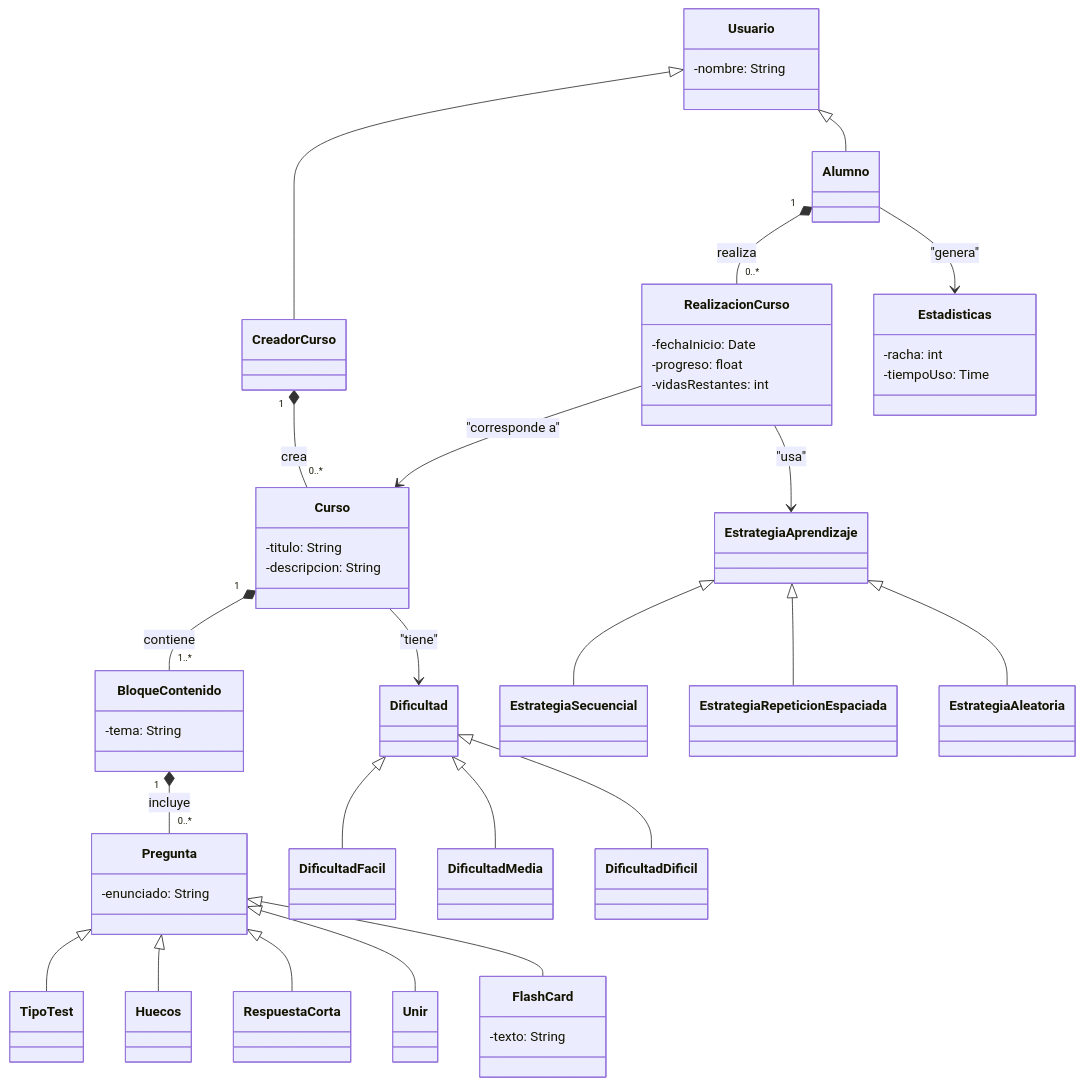
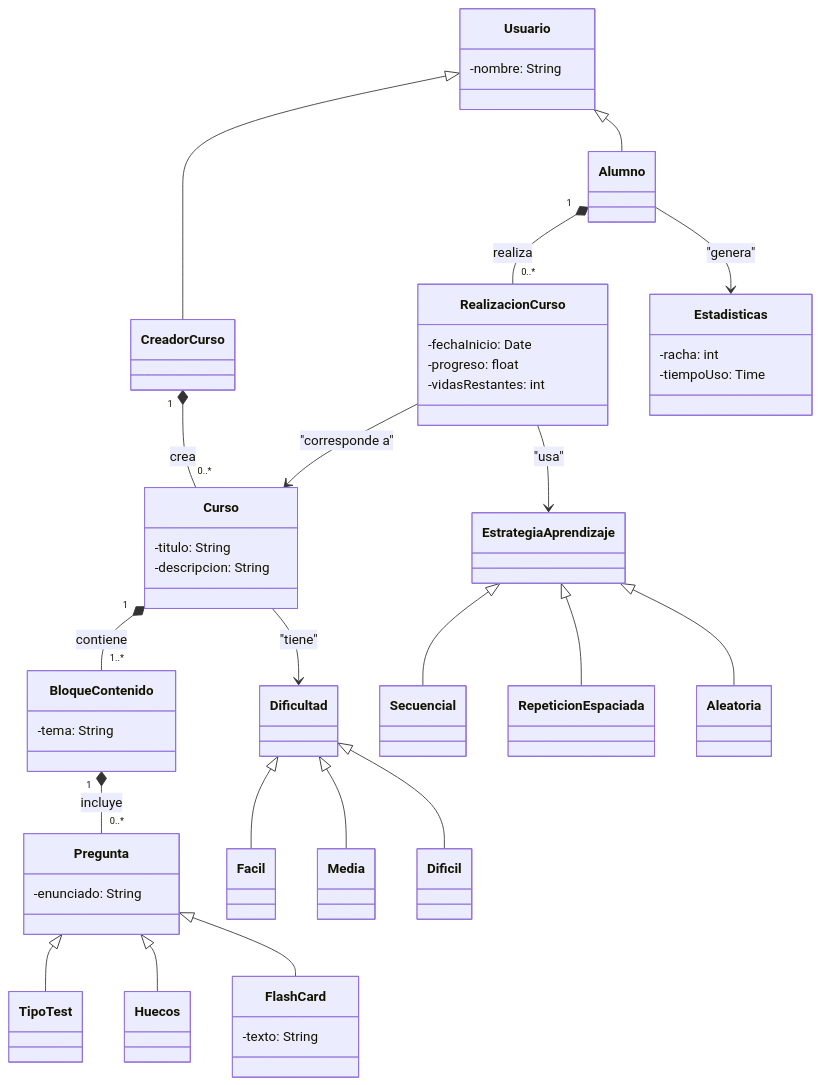
The diagram in diseño/modelo.md (gusgarzo/PDS-Proyecto), drawn with Mermaid before and after one commit.

````diff
--- a/diseño/modelo.md
+++ b/diseño/modelo.md
@@ -1,77 +1,75 @@
 ```mermaid
 classDiagram
     %% --- Jerarquía de Usuario ---
     class Usuario {
         -nombre: String
     }
     Usuario <|-- Alumno
     Usuario <|-- CreadorCurso
 
     %% --- Clases de Curso y Bloques ---
     class Curso {
         -titulo: String
         -descripcion: String
     }
     class BloqueContenido {
         -tema: String
     }
     class FlashCard {
         -texto: String
     }
 
     %% --- Preguntas y Tipos ---
     class Pregunta {
         -enunciado: String
     }
     Pregunta <|-- TipoTest
     Pregunta <|-- Huecos
-    Pregunta <|-- RespuestaCorta
-    Pregunta <|-- Unir
+  
+ 
     Pregunta <|-- FlashCard
 
     %% --- Dificultad y Estrategia ---
     class Dificultad
-    Dificultad <|-- DificultadFacil
-    Dificultad <|-- DificultadMedia
-    Dificultad <|-- DificultadDificil
+    Dificultad <|-- Facil
+    Dificultad <|-- Media
+    Dificultad <|-- Dificil
 
     class EstrategiaAprendizaje
-    EstrategiaAprendizaje <|-- EstrategiaSecuencial
-    EstrategiaAprendizaje <|-- EstrategiaRepeticionEspaciada
-    EstrategiaAprendizaje <|-- EstrategiaAleatoria
+    EstrategiaAprendizaje <|-- Secuencial
+    EstrategiaAprendizaje <|-- RepeticionEspaciada
+    EstrategiaAprendizaje <|-- Aleatoria
 
     %% --- Realización y Estadísticas ---
     class RealizacionCurso {
         -fechaInicio: Date
         -progreso: float
         -vidasRestantes: int
     }
     class Estadisticas {
         -racha: int
         -tiempoUso: Time
     }
 
     %% --- Relaciones principales ---
 
     %% Roles
     CreadorCurso "1" *-- "0..*" Curso : crea
     Alumno "1" *-- "0..*" RealizacionCurso : realiza
 
     %% Curso y Bloques
     Curso "1" *-- "1..*" BloqueContenido : contiene
     BloqueContenido "1" *-- "0..*" Pregunta : incluye
 
     %% Realizacion y Curso
     RealizacionCurso --> Curso : "corresponde a"
     Alumno--> Estadisticas : "genera"
     RealizacionCurso --> EstrategiaAprendizaje : "usa"
 
     %% Curso y Dificultad
     Curso --> Dificultad : "tiene"
 
-    %% Notas:
-    %% - FlashCard hereda de Pregunta para mantener la lógica de pregunta intercalada.
-    %% - Puedes añadir más relaciones si necesitas comentarios, calificaciones, etc.
+  
 
 
 ```
````
